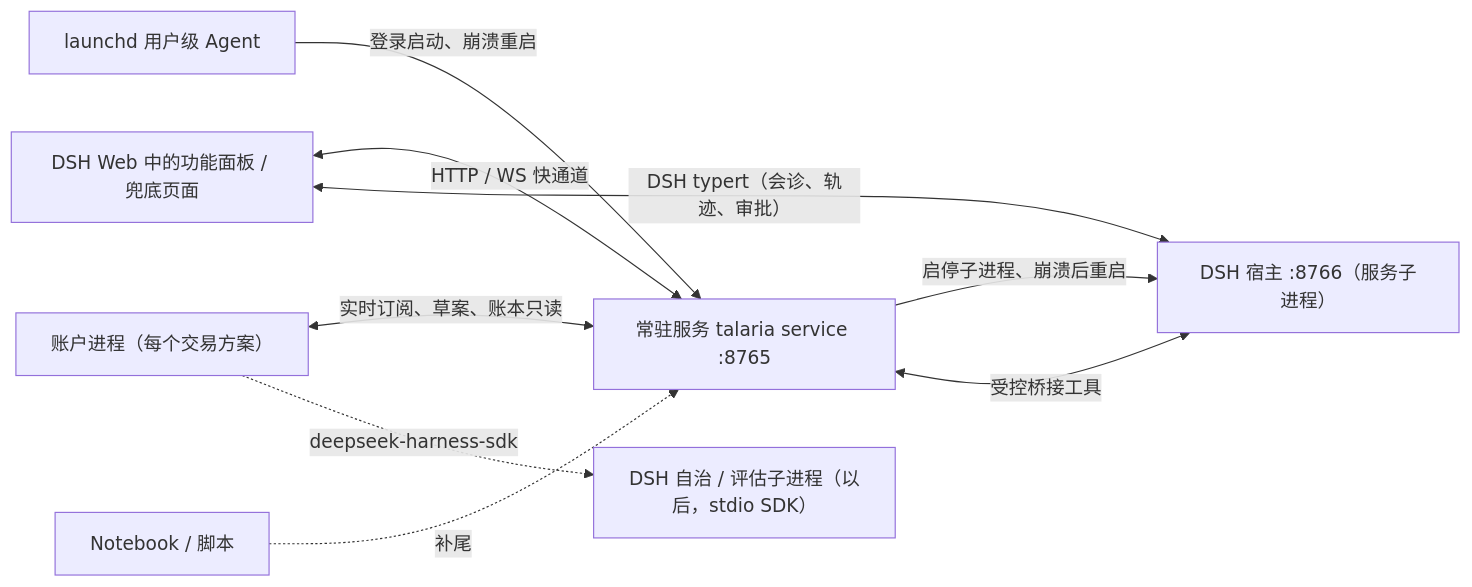
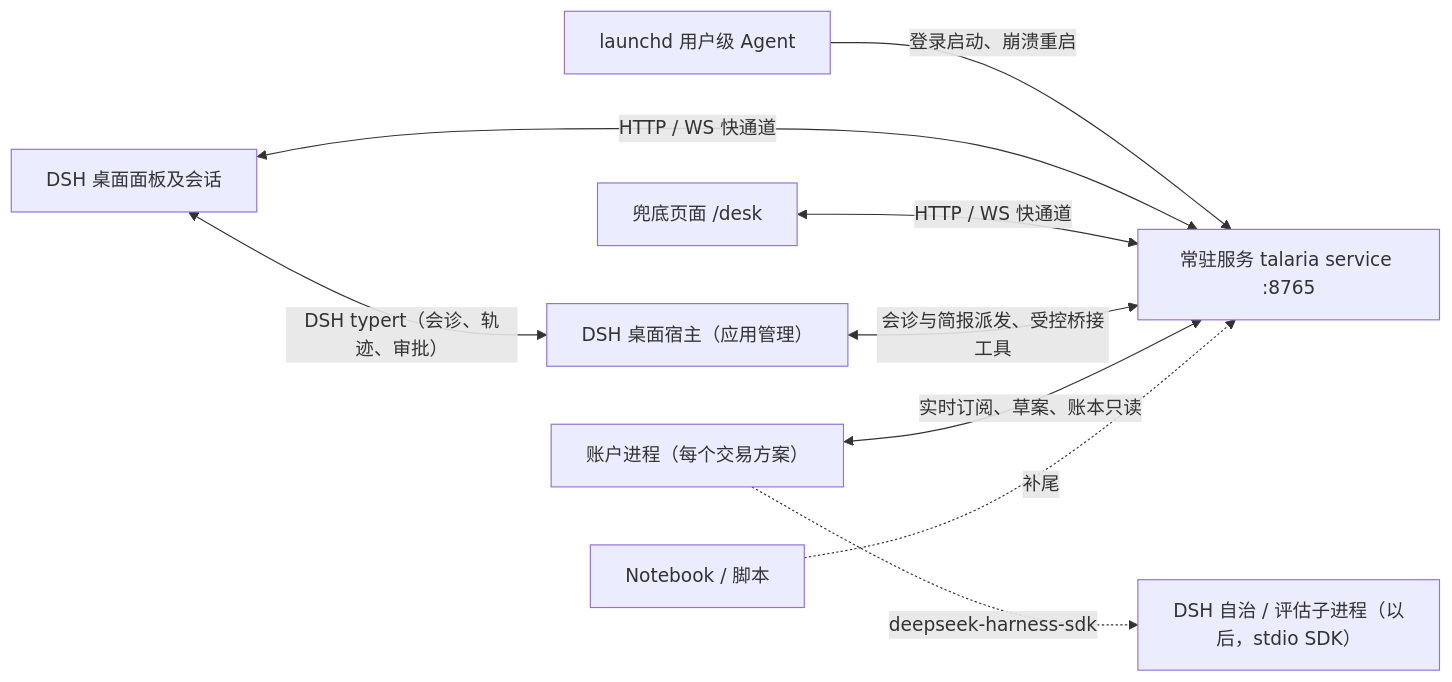
One commit to Dikui/Talaria changed the second of 2 diagrams in docs/architecture.md. Above: the diagram before and after it, drawn with Mermaid. The commit also changed other lines of this file and 24 other files, not shown here.

````diff
--- a/docs/architecture.md
+++ b/docs/architecture.md
@@ -518,19 +520,20 @@
 ```mermaid
 flowchart LR
   Launchd["launchd 用户级 Agent"]
   Svc["常驻服务 talaria service :8765"]
-  Browser["DSH Web 中的功能面板 / 兜底页面"]
-  DSHWeb["DSH 宿主 :8766（服务子进程）"]
+  Panels["DSH 桌面面板及会话"]
+  Fallback["兜底页面 /desk"]
+  Desktop["DSH 桌面宿主（应用管理）"]
   Acct["账户进程（每个交易方案）"]
   NB["Notebook / 脚本"]
   DSHAuto["DSH 自治 / 评估子进程（以后，stdio SDK）"]
 
   Launchd -->|"登录启动、崩溃重启"| Svc
-  Svc -->|"启停子进程、崩溃后重启"| DSHWeb
-  Browser <-->|"HTTP / WS 快通道"| Svc
-  Browser <-->|"DSH typert（会诊、轨迹、审批）"| DSHWeb
-  DSHWeb <-->|"受控桥接工具"| Svc
+  Panels <-->|"HTTP / WS 快通道"| Svc
+  Fallback <-->|"HTTP / WS 快通道"| Svc
+  Panels <-->|"DSH typert（会诊、轨迹、审批）"| Desktop
+  Desktop <-->|"会诊与简报派发、受控桥接工具"| Svc
   Acct <-->|"实时订阅、草案、账本只读"| Svc
   NB -. "补尾" .-> Svc
   Acct -. "deepseek-harness-sdk" .-> DSHAuto
 ```
````
